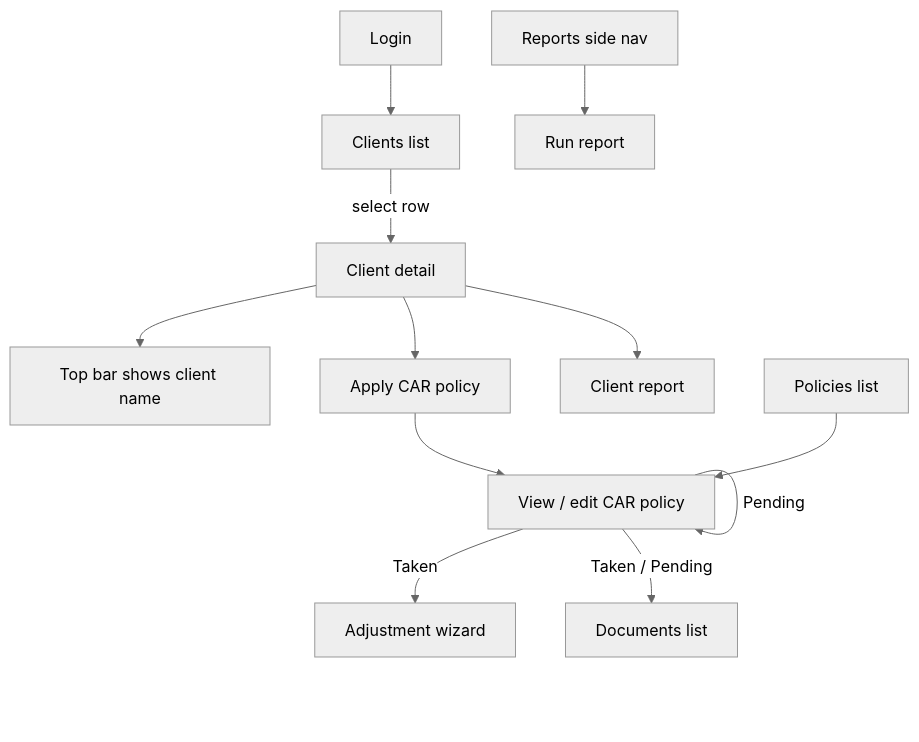
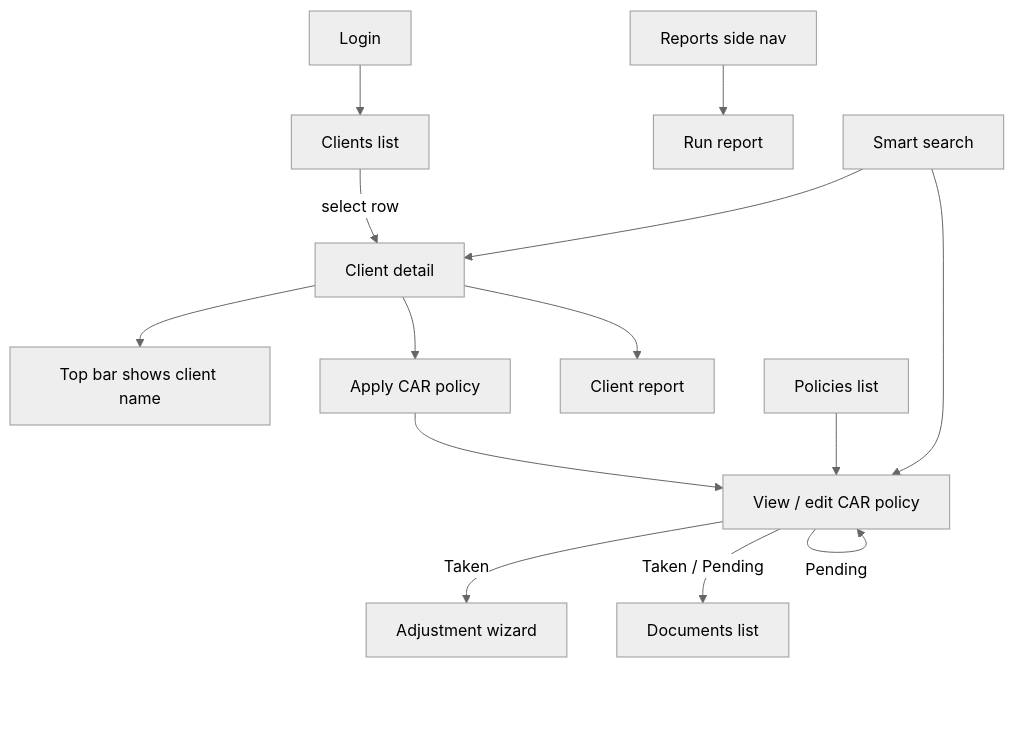
One commit to zhex900/irecon-insurance-app changed the fourth of 11 diagrams in CAR_INSURANCE_UI_FLOW.md. Above: the diagram before and after it, drawn with Mermaid (neutral theme). The commit also changed other lines of this file and 20 other files, not shown here.

````diff
--- a/CAR_INSURANCE_UI_FLOW.md
+++ b/CAR_INSURANCE_UI_FLOW.md
@@ -98,14 +201,16 @@
 ```mermaid
 flowchart TD
   login[Login] --> clientsList[Clients list]
   clientsList -->|select row| clientDetail[Client detail]
   clientDetail --> topBar[Top bar shows client name]
   clientDetail --> applyCAR[Apply CAR policy]
   applyCAR --> policyView[View / edit CAR policy]
   policyView -->|Pending| policyView
   policyView -->|Taken| adjust[Adjustment wizard]
   policyView -->|Taken / Pending| docs[Documents list]
   clientDetail --> clientReport[Client report]
   policiesList[Policies list] --> policyView
   sideReports[Reports side nav] --> reportRun[Run report]
+  topSearch[Smart search] --> clientDetail
+  topSearch --> policyView
 ```
````
